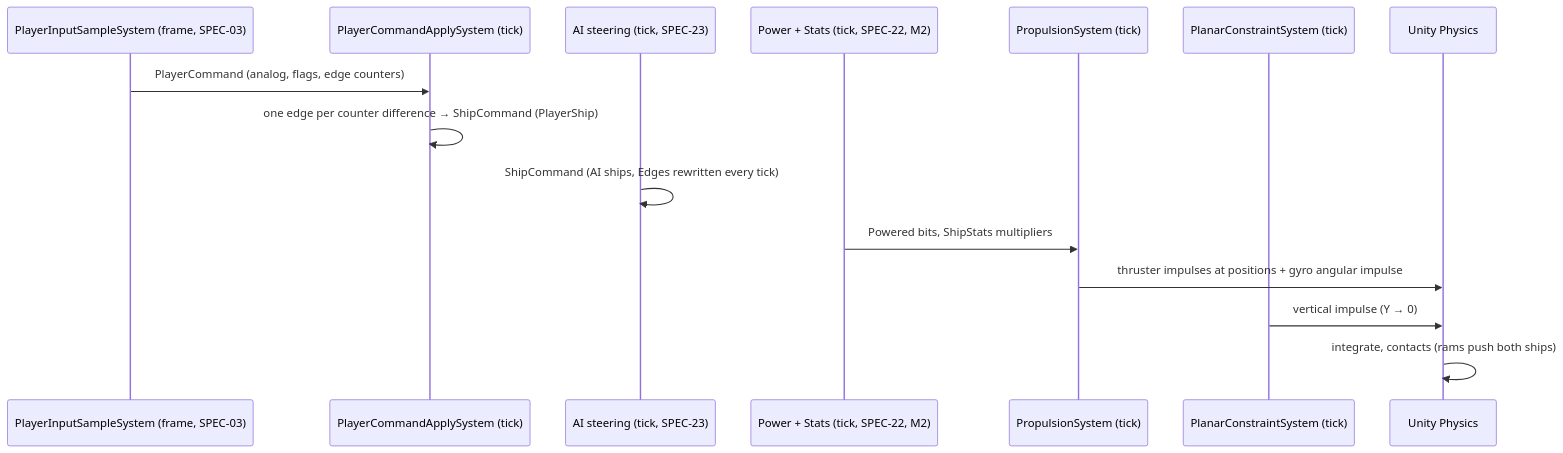
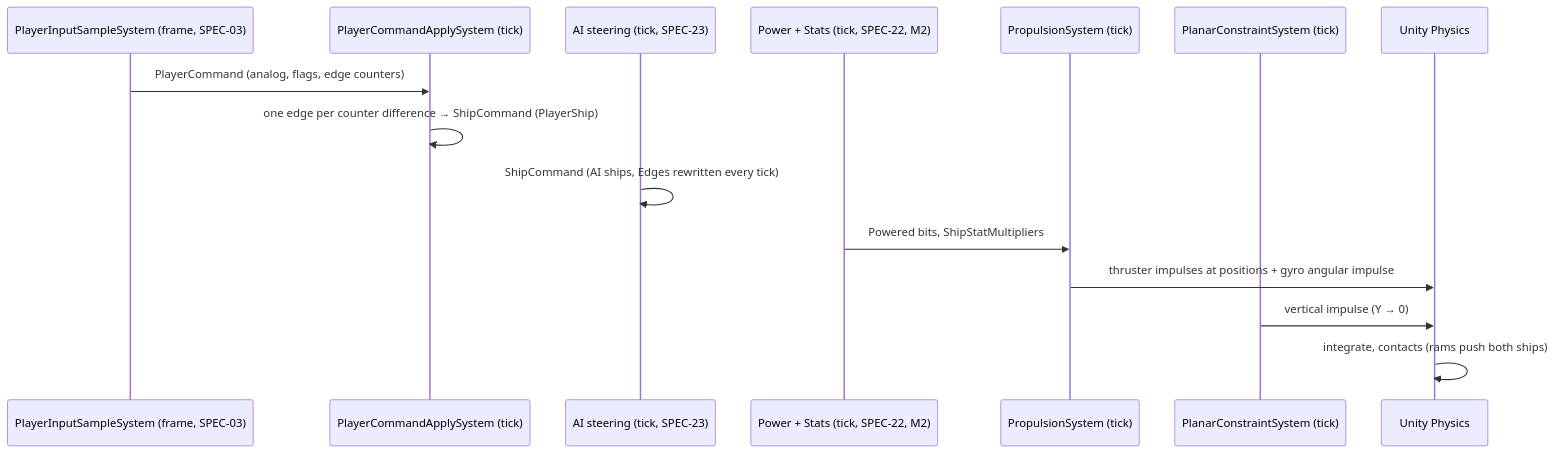
One commit to frankev6/voxel-spacegame changed the diagram in docs/specs/SPEC-20-flight-propulsion.md. Above: the diagram before and after it, drawn with Mermaid. The commit also changed other lines of this file and 7 other files, not shown here.

````diff
--- a/docs/specs/SPEC-20-flight-propulsion.md
+++ b/docs/specs/SPEC-20-flight-propulsion.md
@@ -394,17 +416,17 @@
 ```mermaid
 sequenceDiagram
     participant IN as PlayerInputSampleSystem (frame, SPEC-03)
     participant PA as PlayerCommandApplySystem (tick)
     participant AI as AI steering (tick, SPEC-23)
     participant PW as Power + Stats (tick, SPEC-22, M2)
     participant PR as PropulsionSystem (tick)
     participant PL as PlanarConstraintSystem (tick)
     participant PH as Unity Physics
     IN->>PA: PlayerCommand (analog, flags, edge counters)
     PA->>PA: one edge per counter difference → ShipCommand (PlayerShip)
     AI->>AI: ShipCommand (AI ships, Edges rewritten every tick)
-    PW->>PR: Powered bits, ShipStats multipliers
+    PW->>PR: Powered bits, ShipStatMultipliers
     PR->>PH: thruster impulses at positions + gyro angular impulse
     PL->>PH: vertical impulse (Y → 0)
     PH->>PH: integrate, contacts (rams push both ships)
 ```
````
